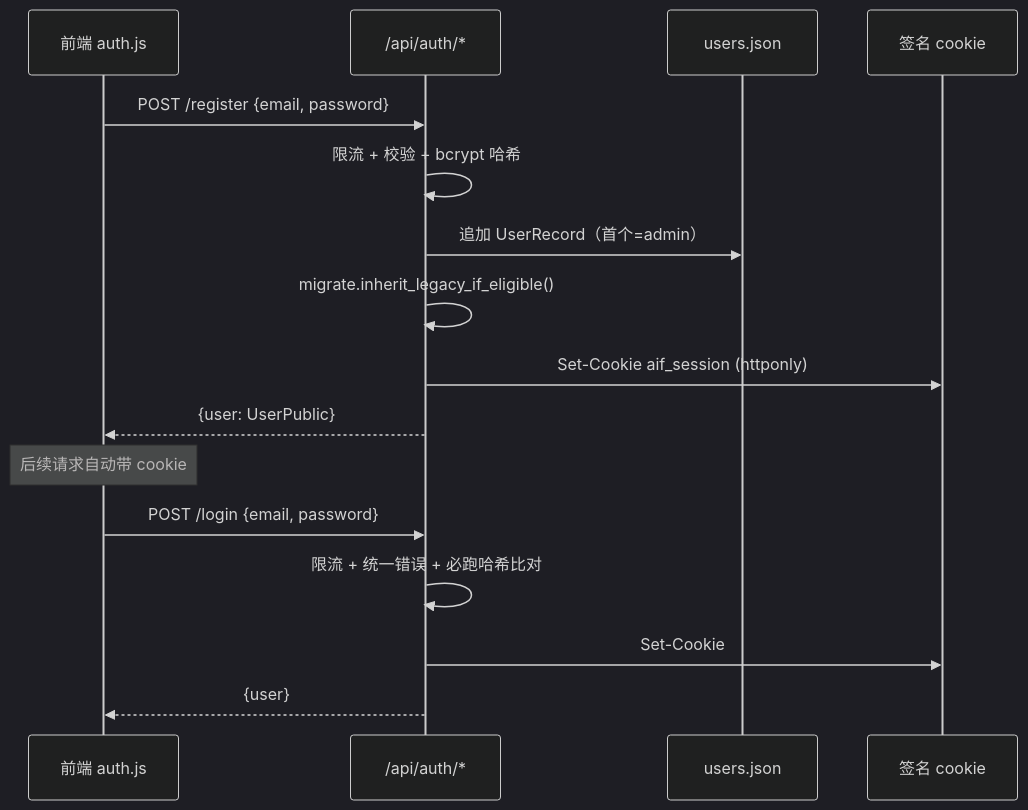
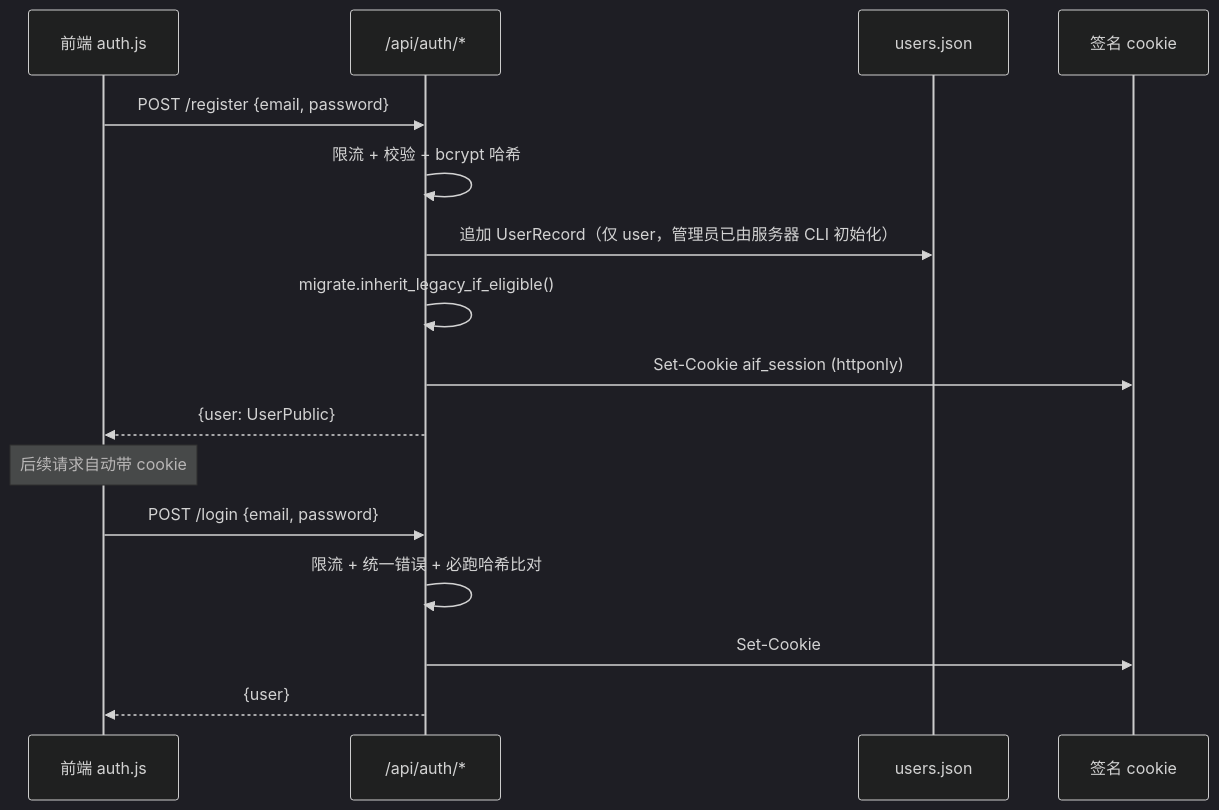
One commit to nikefd/ai-frontier-agent changed the diagram in llmdoc/architecture/auth-architecture.md. Above: the diagram before and after it, drawn with Mermaid (dark theme). The commit also changed other lines of this file and 13 other files, not shown here.

````diff
--- a/llmdoc/architecture/auth-architecture.md
+++ b/llmdoc/architecture/auth-architecture.md
@@ -43,20 +43,20 @@
 ```mermaid
 sequenceDiagram
   participant UI as 前端 auth.js
   participant API as /api/auth/*
   participant Store as users.json
   participant Cookie as 签名 cookie
 
   UI->>API: POST /register {email, password}
   API->>API: 限流 + 校验 + bcrypt 哈希
-  API->>Store: 追加 UserRecord（首个=admin）
+  API->>Store: 追加 UserRecord（仅 user，管理员已由服务器 CLI 初始化）
   API->>API: migrate.inherit_legacy_if_eligible()
   API->>Cookie: Set-Cookie aif_session (httponly)
   API-->>UI: {user: UserPublic}
   Note over UI: 后续请求自动带 cookie
 
   UI->>API: POST /login {email, password}
   API->>API: 限流 + 统一错误 + 必跑哈希比对
   API->>Cookie: Set-Cookie
   API-->>UI: {user}
 ```
````
